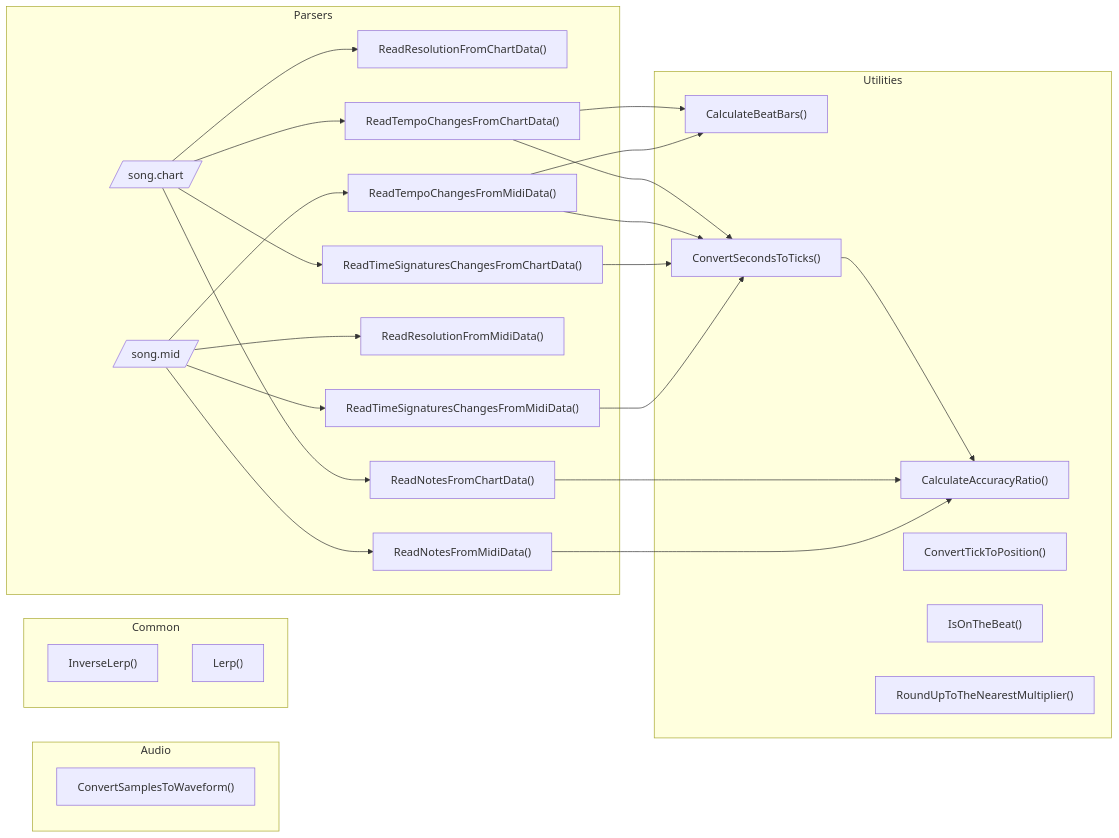
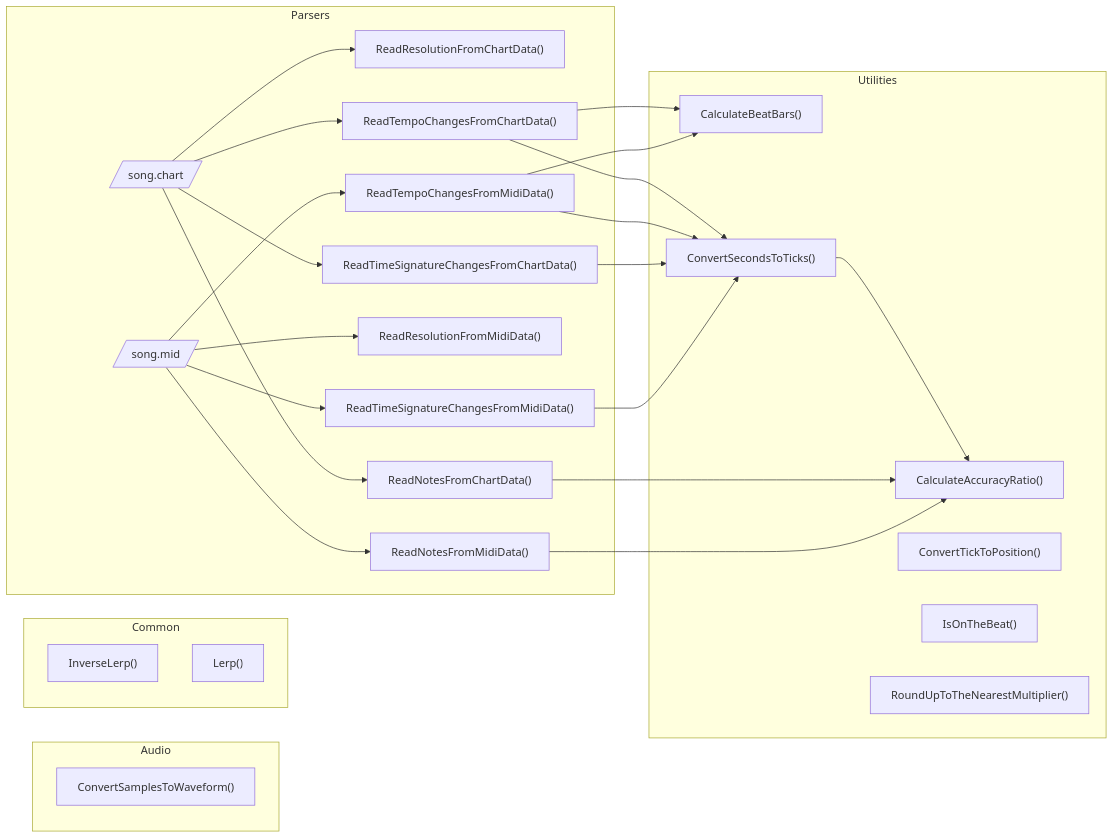
The diagram in Documentation/Architecture.md (neogeek/rhythm-game-utilities), drawn with Mermaid before and after one commit. The commit also changed 3 other files, not shown here.

````diff
--- a/Documentation/Architecture.md
+++ b/Documentation/Architecture.md
@@ -7,61 +7,61 @@
 ```mermaid
 graph LR;
     chart_file[/"song.chart"/]
     midi_file[/"song.mid"/]
 
     subgraph audioGraph ["Audio"]
         convertSamplesToWaveform["ConvertSamplesToWaveform()"]
     end
 
     subgraph commonGraph ["Common"]
         inverseLerp["InverseLerp()"]
         lerp["Lerp()"]
     end
 
     subgraph parsersGraph ["Parsers"]
         readResolutionFromChartData["ReadResolutionFromChartData()"]
         readTempoChangesFromChartData["ReadTempoChangesFromChartData()"]
-        readTimeSignaturesChangesFromChartData["ReadTimeSignaturesChangesFromChartData()"]
+        readTimeSignatureChangesFromChartData["ReadTimeSignatureChangesFromChartData()"]
         readNotesFromChartData["ReadNotesFromChartData()"]
 
         chart_file-->readResolutionFromChartData
         chart_file-->readTempoChangesFromChartData
-        chart_file-->readTimeSignaturesChangesFromChartData
+        chart_file-->readTimeSignatureChangesFromChartData
         chart_file-->readNotesFromChartData
 
         readResolutionFromMidiData["ReadResolutionFromMidiData()"]
         readTempoChangesFromMidiData["ReadTempoChangesFromMidiData()"]
-        readTimeSignaturesChangesFromMidiData["ReadTimeSignaturesChangesFromMidiData()"]
+        readTimeSignatureChangesFromMidiData["ReadTimeSignatureChangesFromMidiData()"]
         readNotesFromMidiData["ReadNotesFromMidiData()"]
 
         midi_file-->readResolutionFromMidiData
         midi_file-->readTempoChangesFromMidiData
-        midi_file-->readTimeSignaturesChangesFromMidiData
+        midi_file-->readTimeSignatureChangesFromMidiData
         midi_file-->readNotesFromMidiData
     end
 
     subgraph utilitiesGraph ["Utilities"]
         calculateAccuracyRatio["CalculateAccuracyRatio()"]
         calculateBeatBars["CalculateBeatBars()"]
         convertSecondsToTicks["ConvertSecondsToTicks()"]
         convertTickToPosition["ConvertTickToPosition()"]
         isOnTheBeat["IsOnTheBeat()"]
         roundUpToTheNearestMultiplier["RoundUpToTheNearestMultiplier()"]
     end
 
     convertSecondsToTicks-->calculateAccuracyRatio
 
     readTempoChangesFromChartData-->calculateBeatBars
     readTempoChangesFromChartData-->convertSecondsToTicks
 
     readTempoChangesFromMidiData-->calculateBeatBars
     readTempoChangesFromMidiData-->convertSecondsToTicks
 
-    readTimeSignaturesChangesFromChartData-->convertSecondsToTicks
+    readTimeSignatureChangesFromChartData-->convertSecondsToTicks
 
-    readTimeSignaturesChangesFromMidiData-->convertSecondsToTicks
+    readTimeSignatureChangesFromMidiData-->convertSecondsToTicks
 
     readNotesFromChartData-->calculateAccuracyRatio
 
     readNotesFromMidiData-->calculateAccuracyRatio
 ```
````
